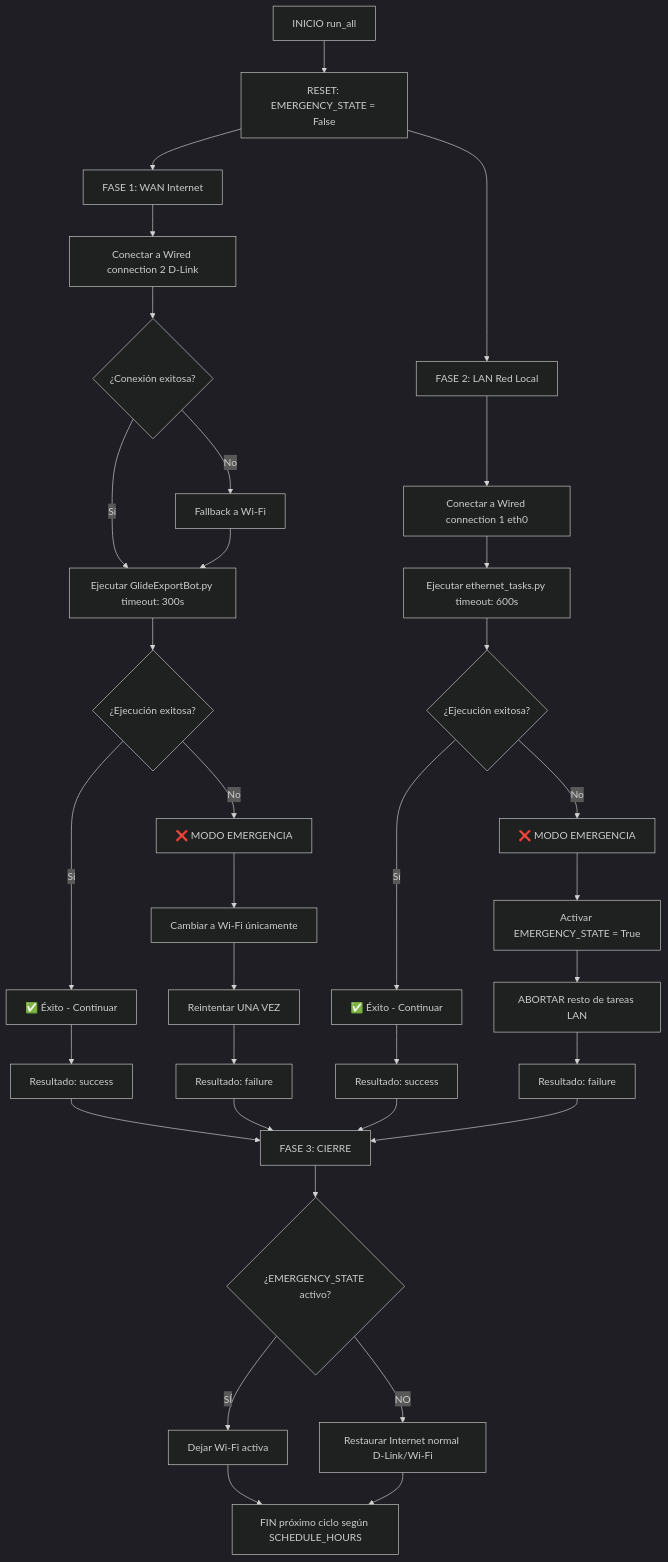
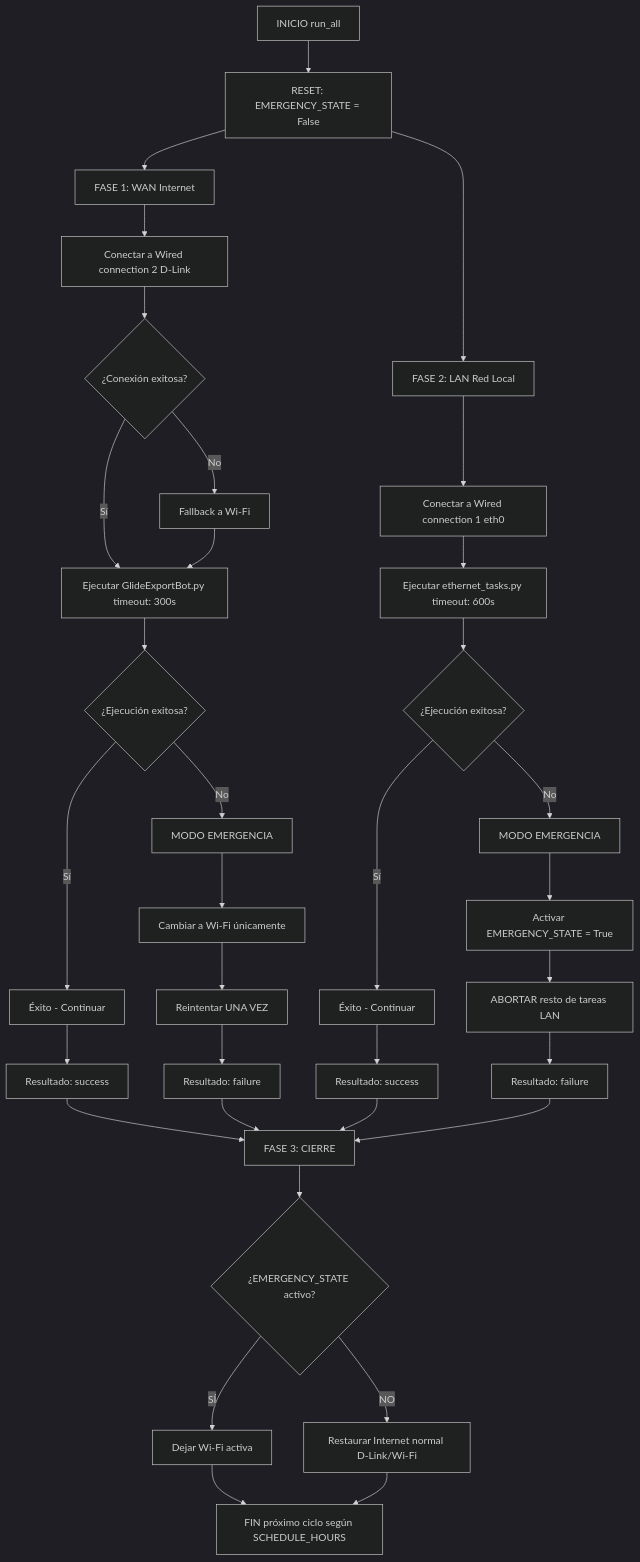
One commit to ebohorquez589/Prueba changed the second of 3 diagrams in README.md. Above: the diagram before and after it, drawn with Mermaid (dark theme). The commit also changed other lines of this file, not shown here.

````diff
--- a/README.md
+++ b/README.md
@@ -113,49 +113,49 @@
 ```mermaid
 graph TD
     A[INICIO run_all] --> B[RESET: EMERGENCY_STATE = False]
     
     B --> C[FASE 1: WAN Internet]
     B --> D[FASE 2: LAN Red Local]
     
     %% FASE 1 - WAN
     C --> E[Conectar a Wired connection 2 D-Link]
     E --> F{¿Conexión exitosa?}
     F -->|Sí| G[Ejecutar GlideExportBot.py timeout: 300s]
     F -->|No| H[Fallback a Wi-Fi]
     H --> G
     
     G --> I{¿Ejecución exitosa?}
-    I -->|Sí| J[✅ Éxito - Continuar]
-    I -->|No| K[❌ MODO EMERGENCIA]
+    I -->|Sí| J[ Éxito - Continuar]
+    I -->|No| K[ MODO EMERGENCIA]
     K --> L[Cambiar a Wi-Fi únicamente]
     L --> M[Reintentar UNA VEZ]
     M --> N[Resultado: failure]
     
     J --> O[Resultado: success]
     
     %% FASE 2 - LAN
     D --> P[Conectar a Wired connection 1 eth0]
     P --> Q[Ejecutar ethernet_tasks.py timeout: 600s]
     Q --> R{¿Ejecución exitosa?}
-    R -->|Sí| S[✅ Éxito - Continuar]
-    R -->|No| T[❌ MODO EMERGENCIA]
+    R -->|Sí| S[ Éxito - Continuar]
+    R -->|No| T[ MODO EMERGENCIA]
     T --> U[Activar EMERGENCY_STATE = True]
     U --> V[ABORTAR resto de tareas LAN]
     V --> W[Resultado: failure]
     
     S --> X[Resultado: success]
     
     %% FASE 3 - CIERRE
     O --> Y[FASE 3: CIERRE]
     N --> Y
     X --> Y
     W --> Y
     
     Y --> Z{¿EMERGENCY_STATE activo?}
     Z -->|SÍ| AA[Dejar Wi-Fi activa]
     Z -->|NO| BB[Restaurar Internet normal D-Link/Wi-Fi]
     
     AA --> CC[FIN próximo ciclo según SCHEDULE_HOURS]
     BB --> CC
 
 ```
````
